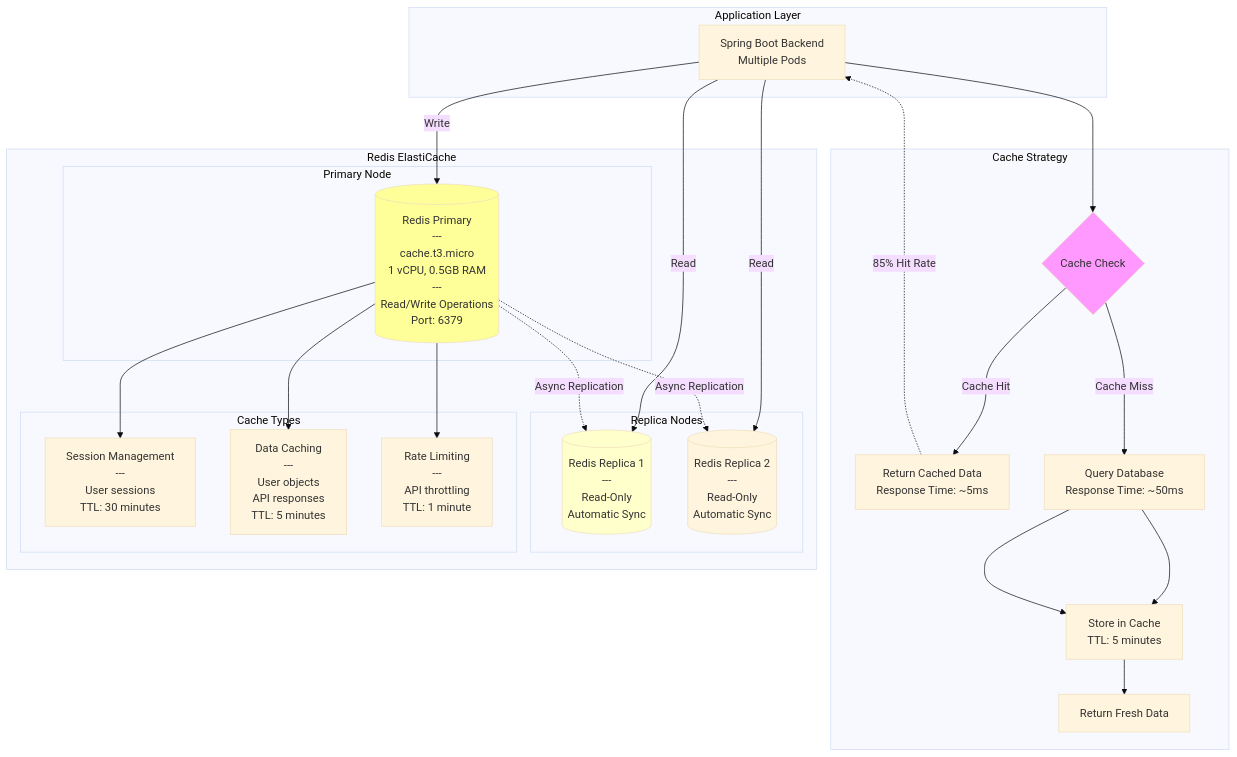
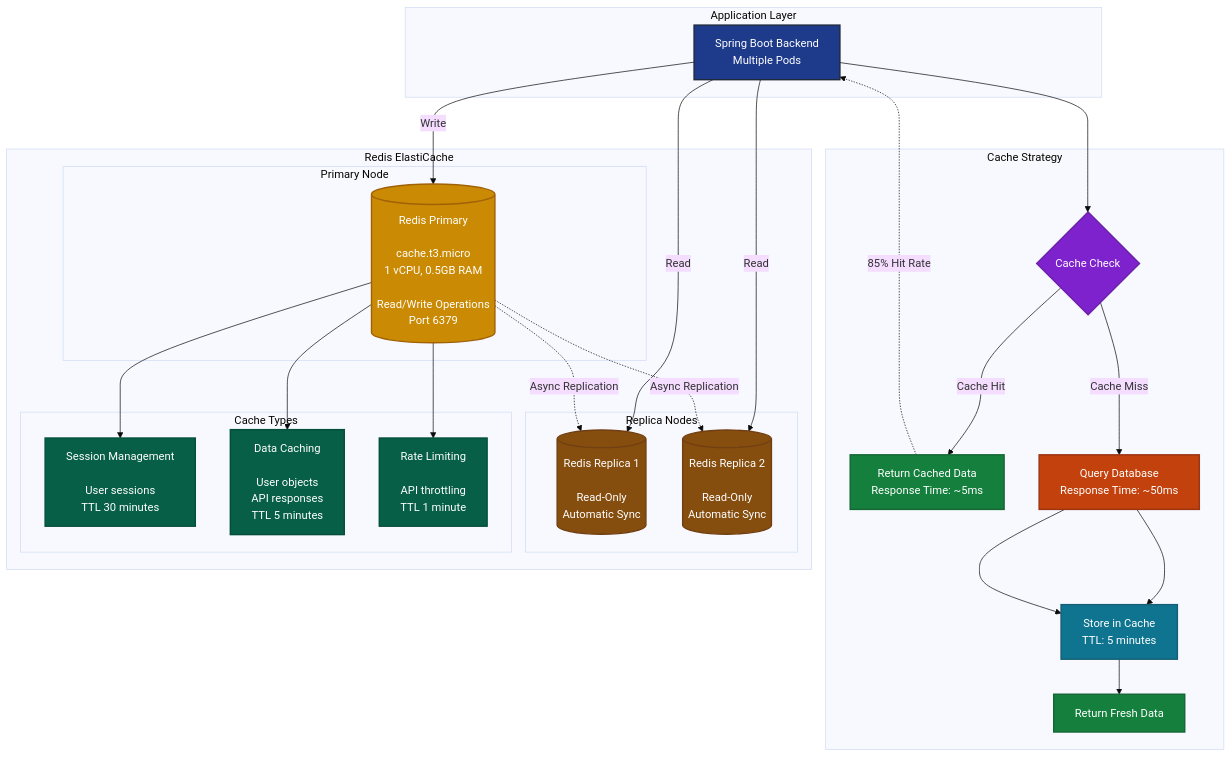
Before and after one commit to gauravumrane29/my_Hands_On_Projects: the seventh of 11 diagrams in ARCHITECTURE.md, drawn with Mermaid (base theme). The commit also changed other lines of this file and 1 other file, not shown here.

````diff
--- a/ARCHITECTURE.md
+++ b/ARCHITECTURE.md
@@ -366,51 +369,60 @@
 ```mermaid
 graph TB
     subgraph "Application Layer"
         Backend[Spring Boot Backend<br/>Multiple Pods]
     end
     
     subgraph "Cache Strategy"
         CacheLogic{Cache Check}
         
         CacheLogic -->|Cache Hit| ReturnCached[Return Cached Data<br/>Response Time: ~5ms]
         CacheLogic -->|Cache Miss| QueryDB[Query Database<br/>Response Time: ~50ms]
         QueryDB --> StoreCache[Store in Cache<br/>TTL: 5 minutes]
         StoreCache --> ReturnFresh[Return Fresh Data]
     end
     
     subgraph "Redis ElastiCache"
         subgraph "Primary Node"
-            RedisPrimary[(Redis Primary<br/>---<br/>cache.t3.micro<br/>1 vCPU, 0.5GB RAM<br/>---<br/>Read/Write Operations<br/>Port: 6379)]
+            RedisPrimary[(Redis Primary<br/><br/>cache.t3.micro<br/>1 vCPU, 0.5GB RAM<br/><br/>Read/Write Operations<br/>Port 6379)]
         end
         
         subgraph "Replica Nodes"
-            Replica1[(Redis Replica 1<br/>---<br/>Read-Only<br/>Automatic Sync)]
-            Replica2[(Redis Replica 2<br/>---<br/>Read-Only<br/>Automatic Sync)]
+            Replica1[(Redis Replica 1<br/><br/>Read-Only<br/>Automatic Sync)]
+            Replica2[(Redis Replica 2<br/><br/>Read-Only<br/>Automatic Sync)]
         end
         
         subgraph "Cache Types"
-            SessionCache[Session Management<br/>---<br/>User sessions<br/>TTL: 30 minutes]
-            DataCache[Data Caching<br/>---<br/>User objects<br/>API responses<br/>TTL: 5 minutes]
-            RateLimitCache[Rate Limiting<br/>---<br/>API throttling<br/>TTL: 1 minute]
+            SessionCache[Session Management<br/><br/>User sessions<br/>TTL 30 minutes]
+            DataCache[Data Caching<br/><br/>User objects<br/>API responses<br/>TTL 5 minutes]
+            RateLimitCache[Rate Limiting<br/><br/>API throttling<br/>TTL 1 minute]
         end
     end
     
     Backend --> CacheLogic
     ReturnCached -.->|85% Hit Rate| Backend
     QueryDB --> StoreCache
     
     Backend -->|Write| RedisPrimary
     Backend -->|Read| Replica1
     Backend -->|Read| Replica2
     
     RedisPrimary -.->|Async Replication| Replica1
     RedisPrimary -.->|Async Replication| Replica2
     
     RedisPrimary --> SessionCache
     RedisPrimary --> DataCache
     RedisPrimary --> RateLimitCache
     
-    style RedisPrimary fill:#ffff99
-    style Replica1 fill:#ffffcc
-    style CacheLogic fill:#ff99ff
+    style Backend fill:#1e3a8a,stroke:#1e293b,stroke-width:2px,color:#fff
+    style CacheLogic fill:#7e22ce,stroke:#6b21a8,stroke-width:2px,color:#fff
+    style ReturnCached fill:#15803d,stroke:#166534,stroke-width:2px,color:#fff
+    style QueryDB fill:#c2410c,stroke:#9a3412,stroke-width:2px,color:#fff
+    style StoreCache fill:#0e7490,stroke:#155e75,stroke-width:2px,color:#fff
+    style ReturnFresh fill:#15803d,stroke:#166534,stroke-width:2px,color:#fff
+    style RedisPrimary fill:#ca8a04,stroke:#a16207,stroke-width:2px,color:#fff
+    style Replica1 fill:#854d0e,stroke:#713f12,stroke-width:2px,color:#fff
+    style Replica2 fill:#854d0e,stroke:#713f12,stroke-width:2px,color:#fff
+    style SessionCache fill:#065f46,stroke:#064e3b,stroke-width:2px,color:#fff
+    style DataCache fill:#065f46,stroke:#064e3b,stroke-width:2px,color:#fff
+    style RateLimitCache fill:#065f46,stroke:#064e3b,stroke-width:2px,color:#fff
 ```
````
